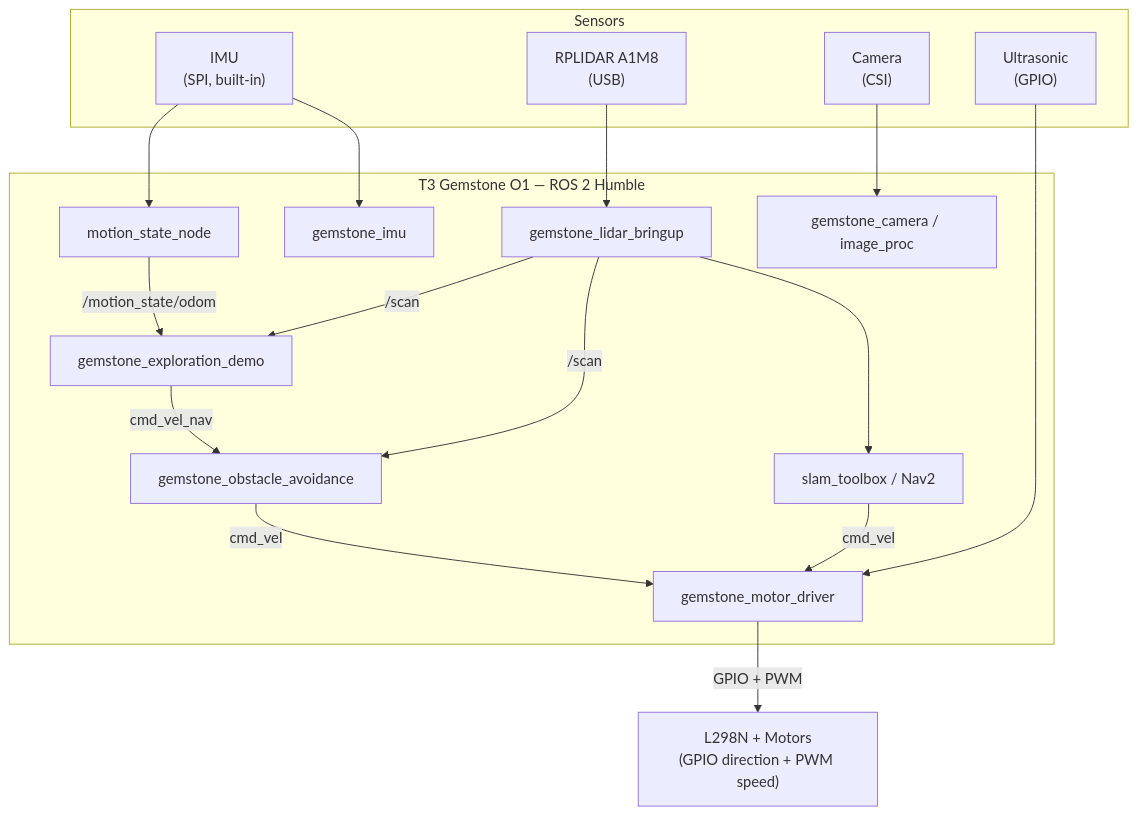
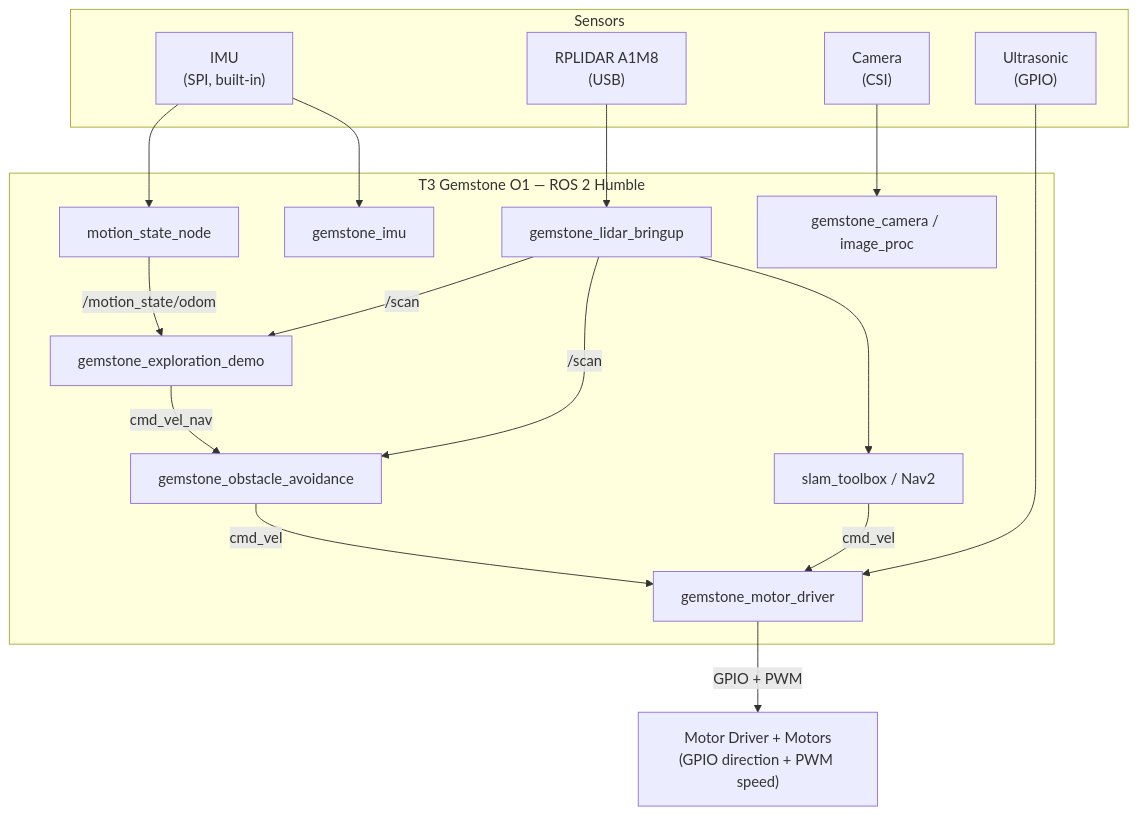
One commit to alitalhq/t3-docs changed the diagram in en/projects/ika.mdx. Above: the diagram before and after it, drawn with Mermaid. The commit also changed other lines of this file and 5 other files, not shown here.

````diff
--- a/en/projects/ika.mdx
+++ b/en/projects/ika.mdx
@@ -64,37 +54,37 @@
 ```mermaid
 flowchart TB
     subgraph SENSORS["Sensors"]
         IMU["IMU\n(SPI, built-in)"]
         LIDAR["RPLIDAR A1M8\n(USB)"]
         CAM["Camera\n(CSI)"]
         US["Ultrasonic\n(GPIO)"]
     end
 
     subgraph O1["T3 Gemstone O1 — ROS 2 Humble"]
         NODE_IMU[gemstone_imu]
         NODE_MOTOR[gemstone_motor_driver]
         NODE_STATE[motion_state_node]
         NODE_LIDAR[gemstone_lidar_bringup]
         NODE_CAM[gemstone_camera / image_proc]
         NODE_AVOID[gemstone_obstacle_avoidance]
         NODE_EXPLORE[gemstone_exploration_demo]
         SLAM[slam_toolbox / Nav2]
     end
 
-    MOTORS["L298N + Motors\n(GPIO direction + PWM speed)"]
+    MOTORS["Motor Driver + Motors\n(GPIO direction + PWM speed)"]
 
     IMU --> NODE_IMU
     IMU --> NODE_STATE
     LIDAR --> NODE_LIDAR
     CAM --> NODE_CAM
     US --> NODE_MOTOR
 
     NODE_LIDAR --> SLAM
     NODE_LIDAR -->|"/scan"| NODE_AVOID
     NODE_LIDAR -->|"/scan"| NODE_EXPLORE
     NODE_STATE -->|"/motion_state/odom"| NODE_EXPLORE
     NODE_EXPLORE -->|"cmd_vel_nav"| NODE_AVOID
     NODE_AVOID -->|"cmd_vel"| NODE_MOTOR
     SLAM -->|"cmd_vel"| NODE_MOTOR
     NODE_MOTOR -->|"GPIO + PWM"| MOTORS
 ```
````
